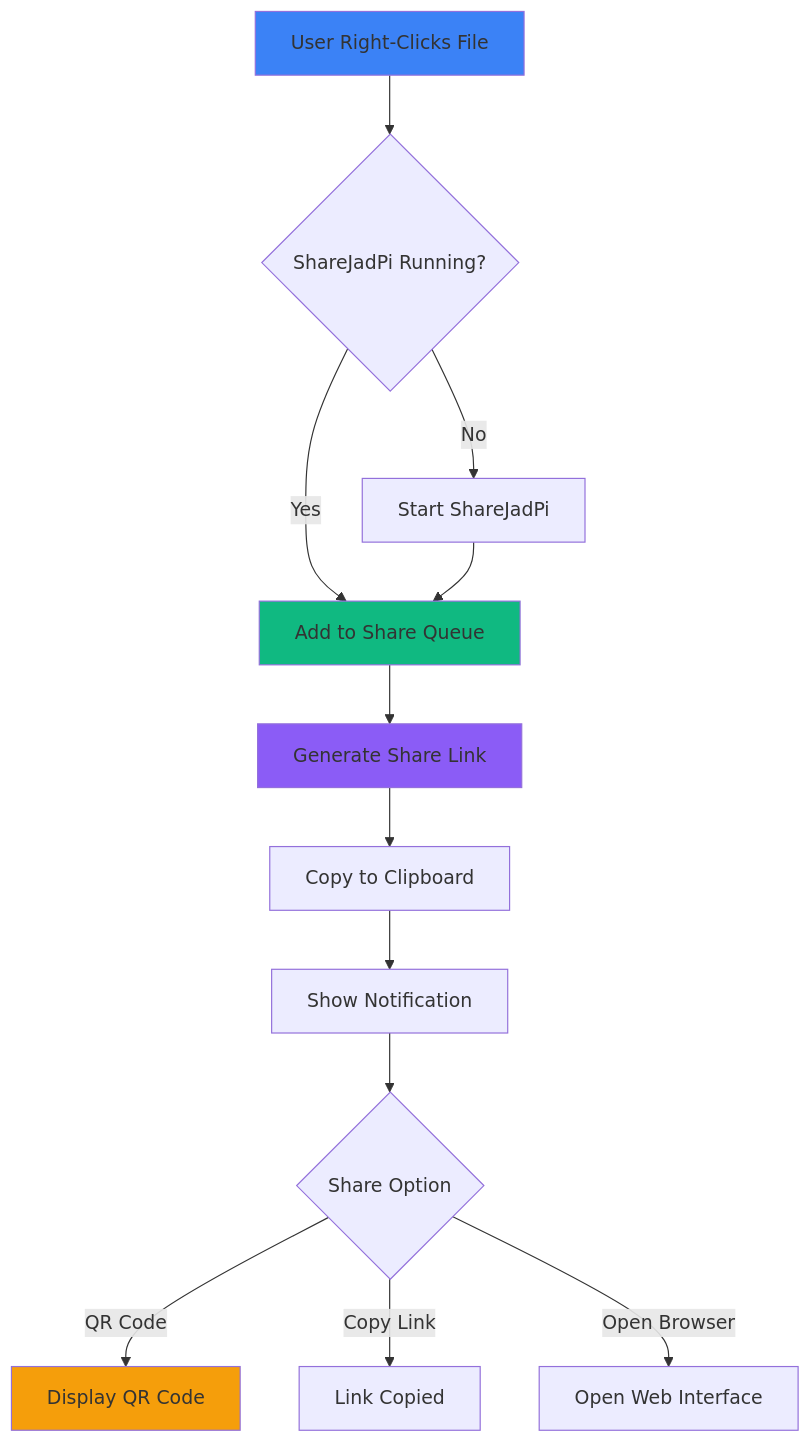
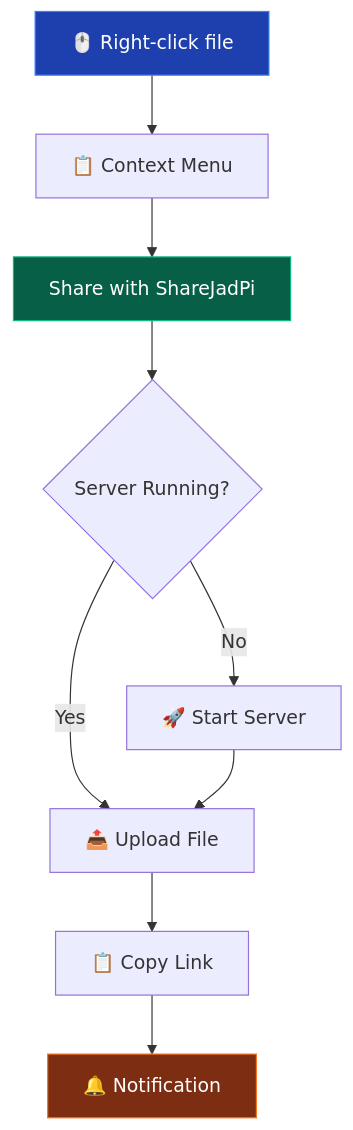
Before and after one commit to hetcharusat/sharejadpi: the eighth of 9 diagrams in SGP_phase1/docs/features.md, drawn with Mermaid. The commit also changed other lines of this file and 5 other files, not shown here.

````diff
--- a/SGP_phase1/docs/features.md
+++ b/SGP_phase1/docs/features.md
@@ -226,22 +384,15 @@
 ```mermaid
-graph TB
-    A[User Right-Clicks File] --> B{ShareJadPi Running?}
+flowchart TB
+    A["🖱️ Right-click file"] --> B["📋 Context Menu"]
+    B --> C["Share with ShareJadPi"]
+    C --> D{Server Running?}
+    D -->|No| E["🚀 Start Server"]
+    D -->|Yes| F["📤 Upload File"]
+    E --> F
+    F --> G["📋 Copy Link"]
+    G --> H["🔔 Notification"]
     
-    B -->|Yes| C[Add to Share Queue]
-    B -->|No| D[Start ShareJadPi]
-    
-    D --> C
-    C --> E[Generate Share Link]
-    E --> F[Copy to Clipboard]
-    F --> G[Show Notification]
-    
-    G --> H{Share Option}
-    H -->|QR Code| I[Display QR Code]
-    H -->|Copy Link| J[Link Copied]
-    H -->|Open Browser| K[Open Web Interface]
-    
-    style A fill:#3b82f6
-    style C fill:#10b981
-    style E fill:#8b5cf6
-    style I fill:#f59e0b
+    style A fill:#1e40af,stroke:#3b82f6,color:#fff
+    style C fill:#065f46,stroke:#10b981,color:#fff
+    style H fill:#7c2d12,stroke:#f97316,color:#fff
 ```
````
